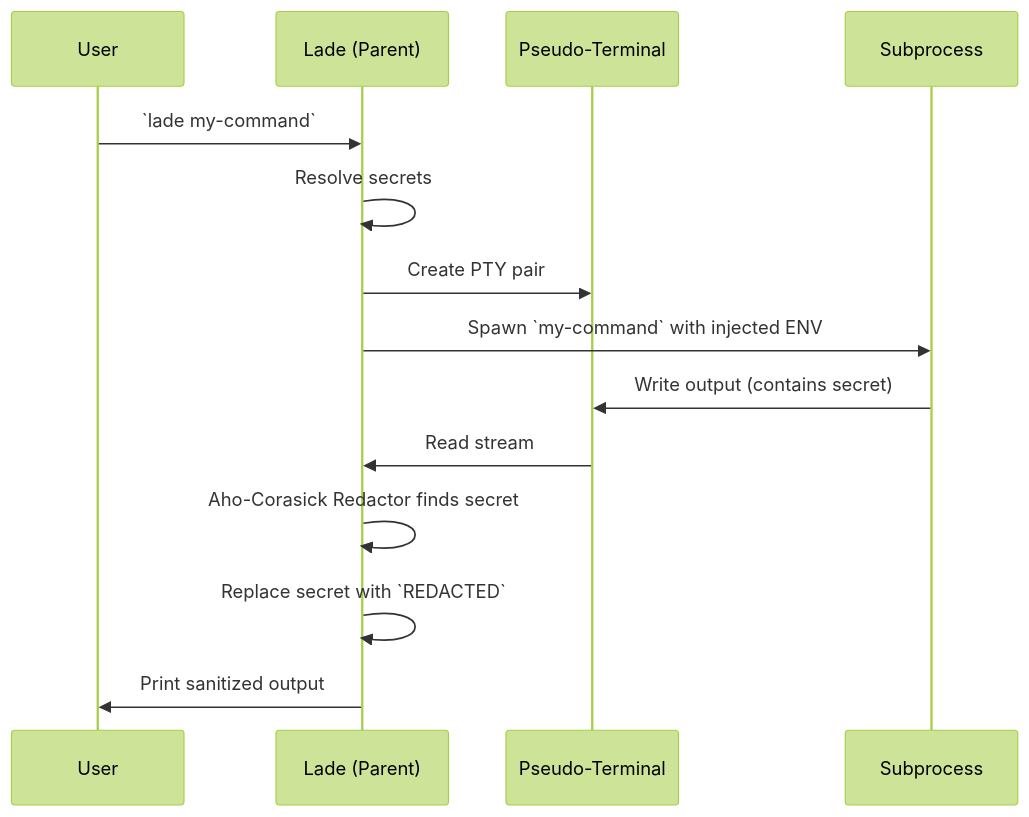
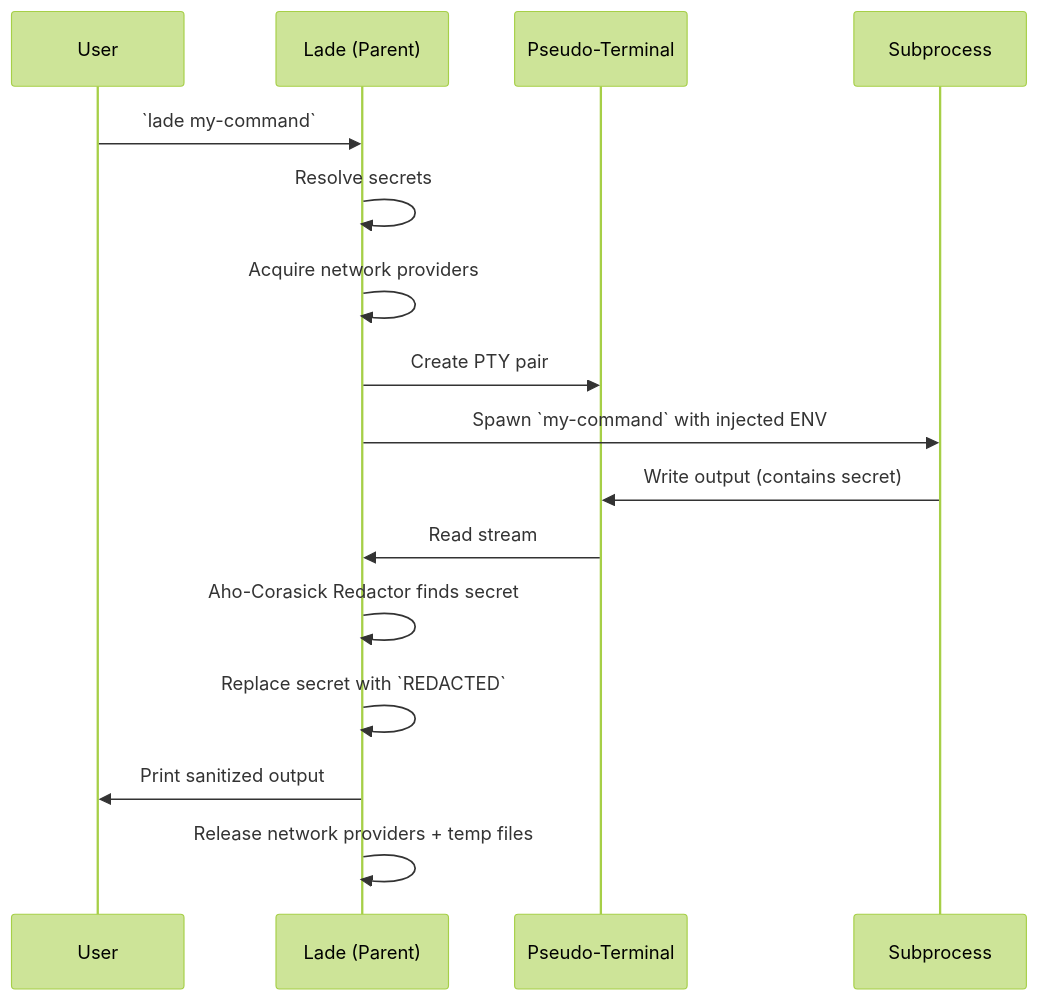
One commit to zifeo/lade changed the third of 4 diagrams in docs/architecture.md. Above: the diagram before and after it, drawn with Mermaid (forest theme). The commit also changed other lines of this file and 80 other files, not shown here.

````diff
--- a/docs/architecture.md
+++ b/docs/architecture.md
@@ -65,20 +77,22 @@
 ```mermaid
 sequenceDiagram
     participant User
     participant Lade as Lade (Parent)
     participant PTY as Pseudo-Terminal
     participant Child as Subprocess
 
     User->>Lade: `lade my-command`
     Lade->>Lade: Resolve secrets
+    Lade->>Lade: Acquire network providers
     Lade->>PTY: Create PTY pair
     Lade->>Child: Spawn `my-command` with injected ENV
 
     Child->>PTY: Write output (contains secret)
     PTY->>Lade: Read stream
 
     Lade->>Lade: Aho-Corasick Redactor finds secret
     Lade->>Lade: Replace secret with `REDACTED`
 
     Lade->>User: Print sanitized output
+    Lade->>Lade: Release network providers + temp files
 ```
````
